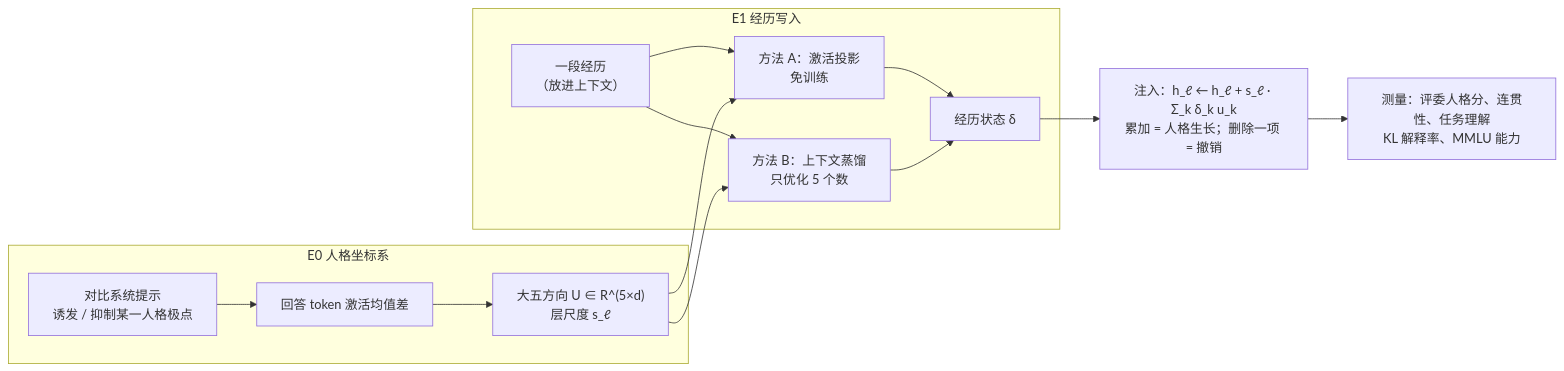
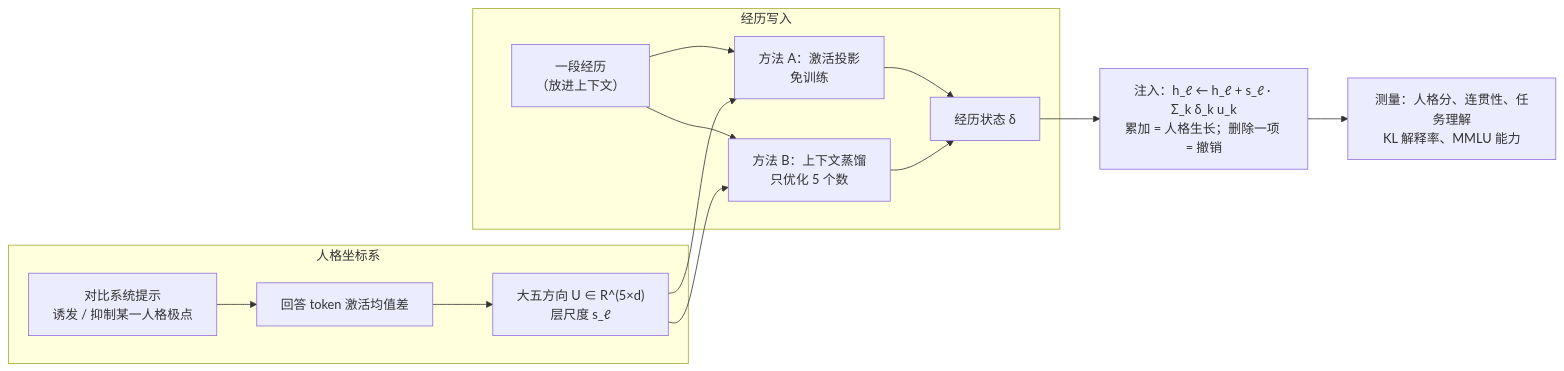
The diagram in README.md (969385278/antler), drawn with Mermaid before and after one commit. The commit also changed other lines of this file and 2 other files, not shown here.

````diff
--- a/README.md
+++ b/README.md
@@ -33,17 +54,17 @@
 ```mermaid
 flowchart LR
-    subgraph E0["E0 人格坐标系"]
+    subgraph E0["人格坐标系"]
         A1["对比系统提示<br/>诱发 / 抑制某一人格极点"] --> A2["回答 token 激活均值差"]
         A2 --> A3["大五方向 U ∈ R^(5×d)<br/>层尺度 s_ℓ"]
     end
-    subgraph E1["E1 经历写入"]
+    subgraph E1["经历写入"]
         B1["一段经历<br/>（放进上下文）"] --> B2["方法 A：激活投影<br/>免训练"]
         B1 --> B3["方法 B：上下文蒸馏<br/>只优化 5 个数"]
         B2 --> B4["经历状态 δ"]
         B3 --> B4
     end
     A3 --> B2
     A3 --> B3
     B4 --> C1["注入：h_ℓ ← h_ℓ + s_ℓ · Σ_k δ_k u_k<br/>累加 = 人格生长；删除一项 = 撤销"]
-    C1 --> C2["测量：评委人格分、连贯性、任务理解<br/>KL 解释率、MMLU 能力"]
+    C1 --> C2["测量：人格分、连贯性、任务理解<br/>KL 解释率、MMLU 能力"]
 ```
````
